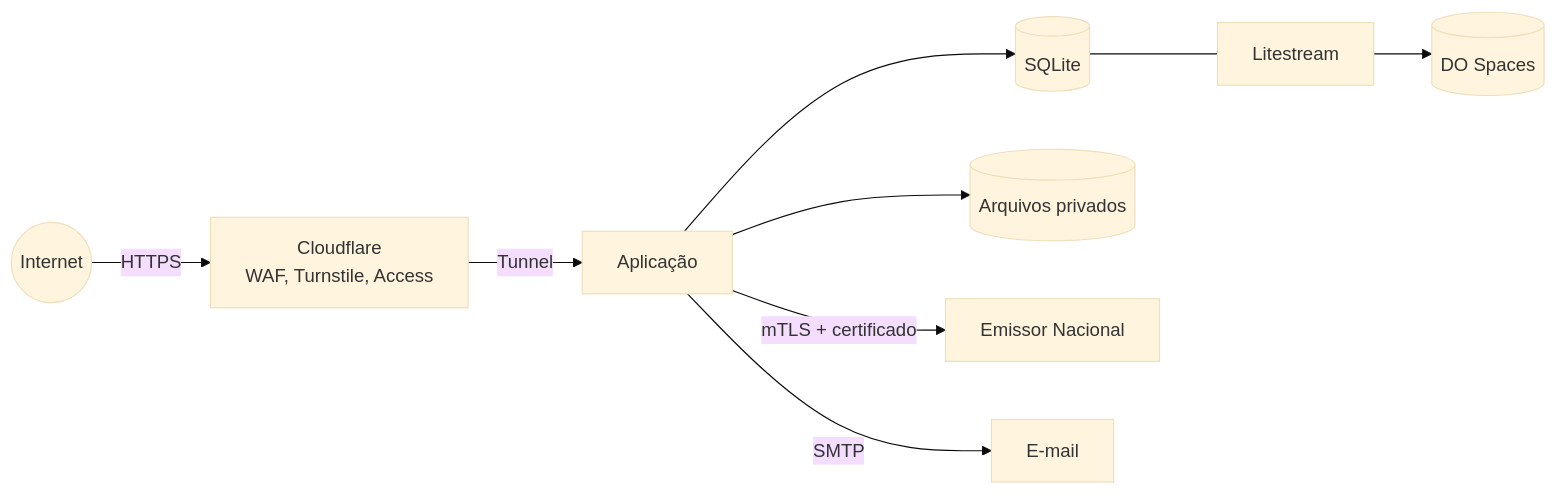
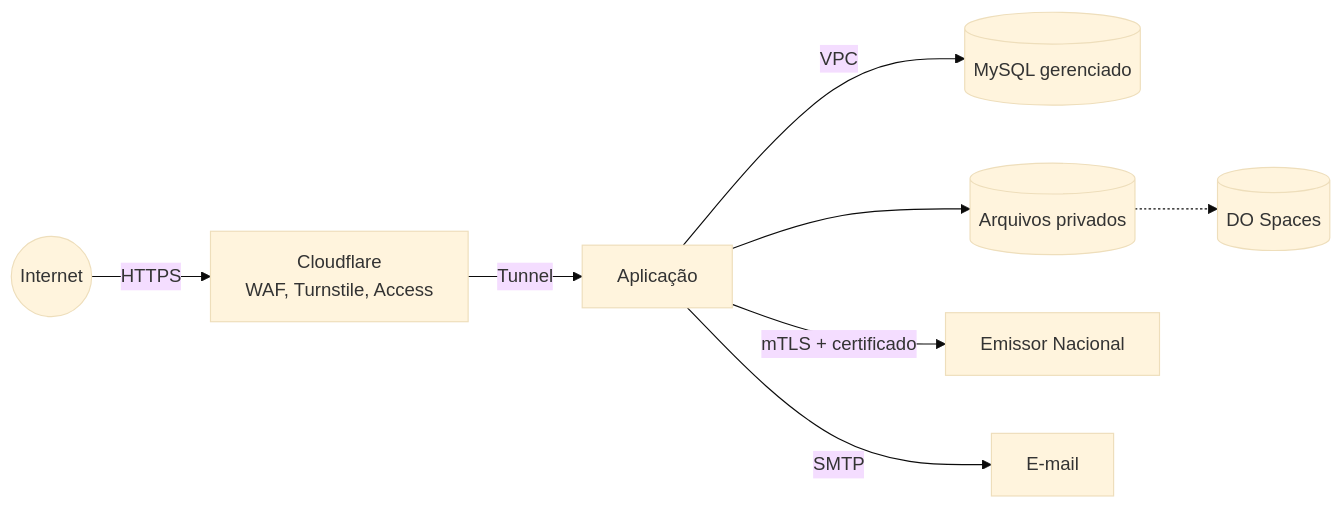
Before and after one commit to felipealvesprestes/controle: the diagram in docs/seguranca/modelo-de-ameacas.md, drawn with Mermaid (base theme). The commit also changed other lines of this file and 12 other files, not shown here.

````diff
--- a/docs/seguranca/modelo-de-ameacas.md
+++ b/docs/seguranca/modelo-de-ameacas.md
@@ -28,11 +28,10 @@
 ```mermaid
 flowchart LR
     I((Internet)) -->|HTTPS| CF[Cloudflare<br/>WAF, Turnstile, Access]
     CF -->|Tunnel| APP[Aplicação]
-    APP --> DB[(SQLite)]
+    APP -->|VPC| DB[(MySQL gerenciado)]
     APP --> FS[(Arquivos privados)]
     APP -->|mTLS + certificado| NF[Emissor Nacional]
     APP -->|SMTP| MAIL[E-mail]
-    LS[Litestream] --> SP[(DO Spaces)]
-    DB --- LS
+    FS -.-> SP[(DO Spaces)]
 ```
````
